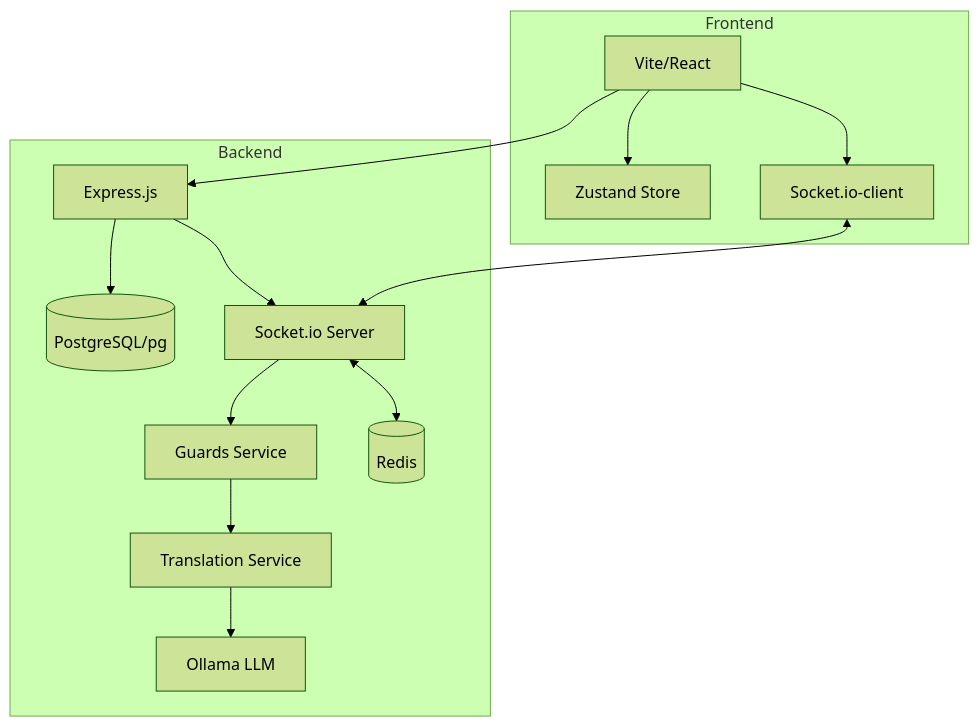
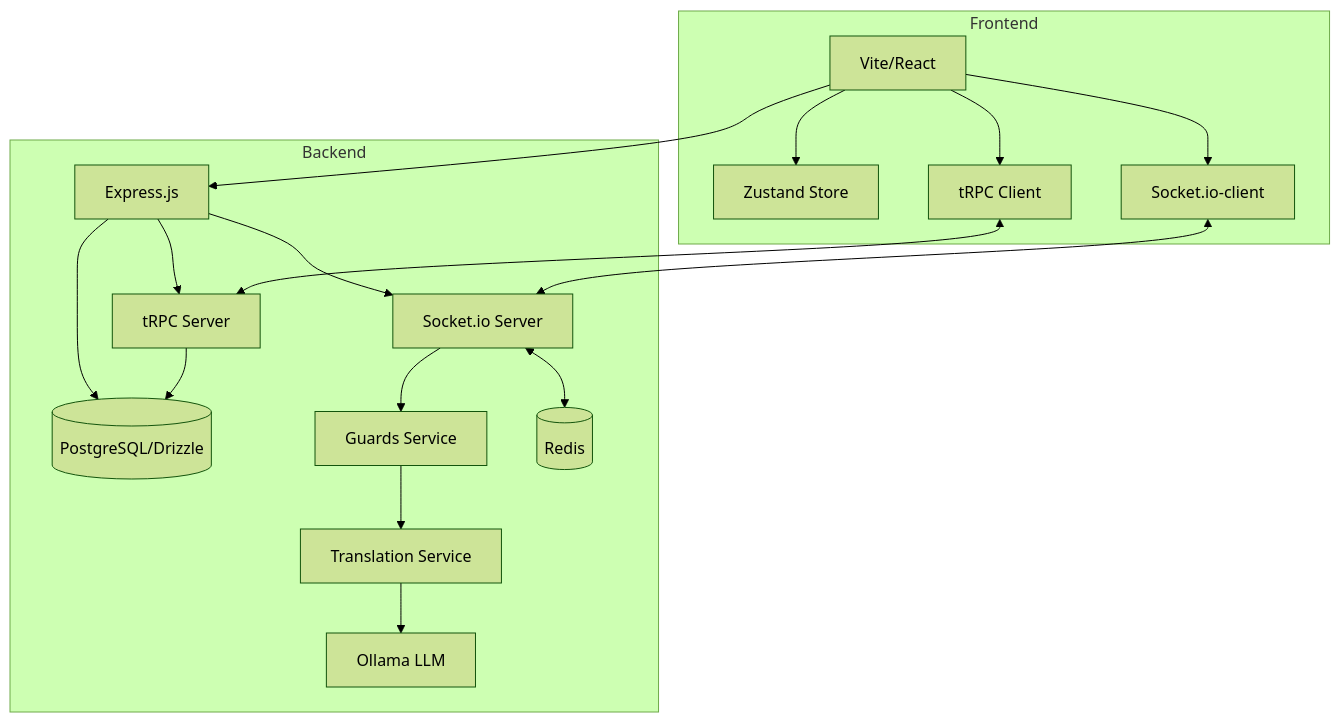
Before and after one commit to Nathanhael/guichet: the first of 2 diagrams in ARCHITECTURE.md, drawn with Mermaid (forest theme). The commit also changed other lines of this file and 22 other files, not shown here.

````diff
--- a/ARCHITECTURE.md
+++ b/ARCHITECTURE.md
@@ -9,19 +9,23 @@
 ```mermaid
 graph TD
     subgraph Frontend
         V[Vite/React] --> S[Zustand Store]
         V --> SC[Socket.io-client]
+        V --> TC[tRPC Client]
     end
 
     subgraph Backend
-        EX[Express.js] --> DB[(PostgreSQL/pg)]
+        EX[Express.js] --> DB[(PostgreSQL/Drizzle)]
+        EX --> TR[tRPC Server]
         EX --> SI[Socket.io Server]
+        TR --> DB
         SI --> GS[Guards Service]
-        GS --> TR[Translation Service]
-        TR --> OL[Ollama LLM]
+        GS --> TRN[Translation Service]
+        TRN --> OL[Ollama LLM]
         SI <--> RD[(Redis)]
     end
 
     SC <--> SI
+    TC <--> TR
     V --> EX
 ```
````
